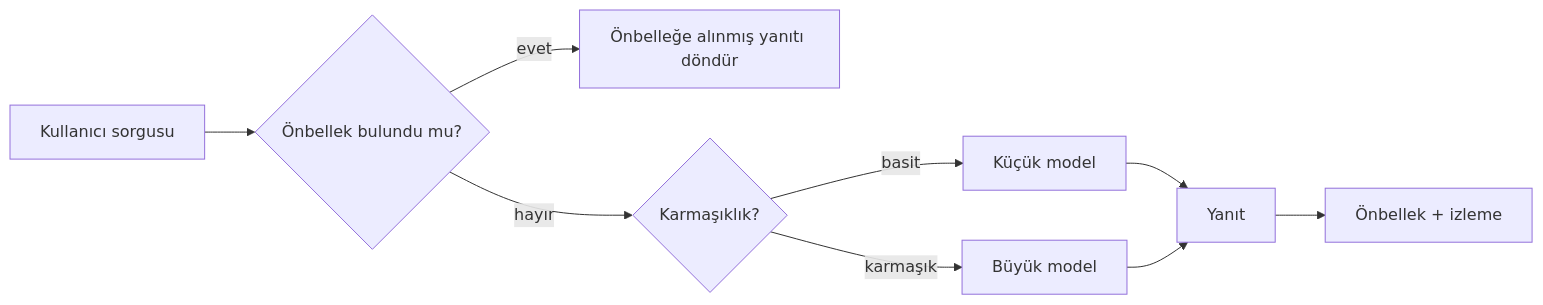
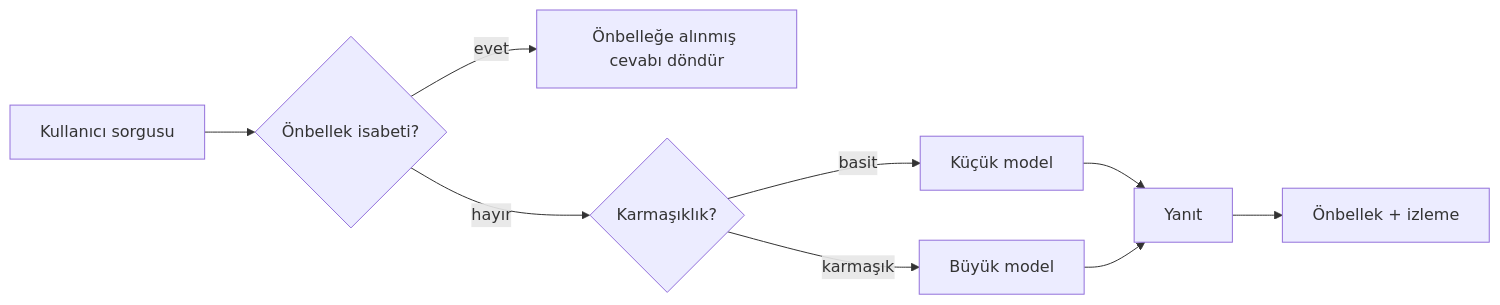
Before and after one commit to gabrielmoreira/agent-skills-mirror: the third of 4 diagrams in mirrors/repos/microsoft@ai-agents-for-beginners/translations/tr/16-deploying-scalable-agents/README.md, drawn with Mermaid. The commit also changed other lines of this file and 3581 other files, not shown here.

````diff
--- a/mirrors/repos/microsoft@ai-agents-for-beginners/translations/tr/16-deploying-scalable-agents/README.md
+++ b/mirrors/repos/microsoft@ai-agents-for-beginners/translations/tr/16-deploying-scalable-agents/README.md
@@ -134,11 +134,11 @@
 ```mermaid
 flowchart LR
-    Q[Kullanıcı sorgusu] --> C{Önbellek bulundu mu?}
-    C -->|evet| R[Önbelleğe alınmış yanıtı döndür]
+    Q[Kullanıcı sorgusu] --> C{Önbellek isabeti?}
+    C -->|evet| R[Önbelleğe alınmış cevabı döndür]
     C -->|hayır| Router{Karmaşıklık?}
     Router -->|basit| SLM[Küçük model]
     Router -->|karmaşık| LLM[Büyük model]
     SLM --> Out[Yanıt]
     LLM --> Out
     Out --> Store[Önbellek + izleme]
 ```
````
